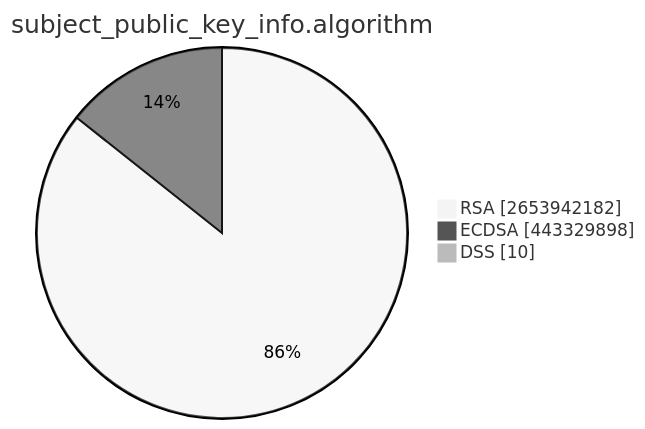
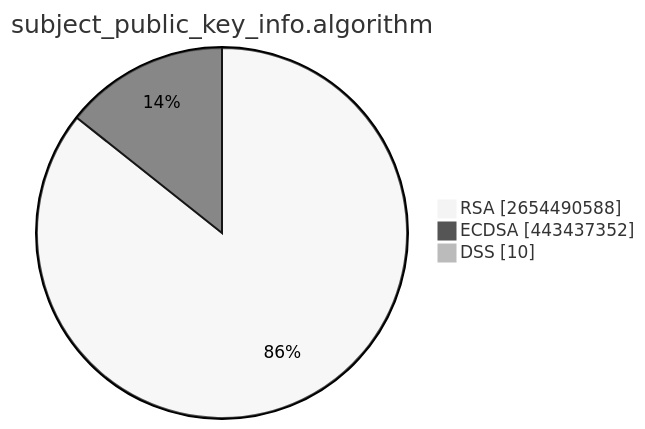
One commit to christiankrug/ctmonitor_visualization changed the second of 15 diagrams in TOTAL/README.md. Above: the diagram before and after it, drawn with Mermaid (neutral theme). The commit also changed other lines of this file, not shown here.

````diff
--- a/TOTAL/README.md
+++ b/TOTAL/README.md
@@ -6,7 +6,7 @@
 ```mermaid
 pie showData
 title subject_public_key_info.algorithm
-"RSA" :2653942182
-"ECDSA" :443329898
+"RSA" :2654490588
+"ECDSA" :443437352
 "DSS" :10
 ```
````
